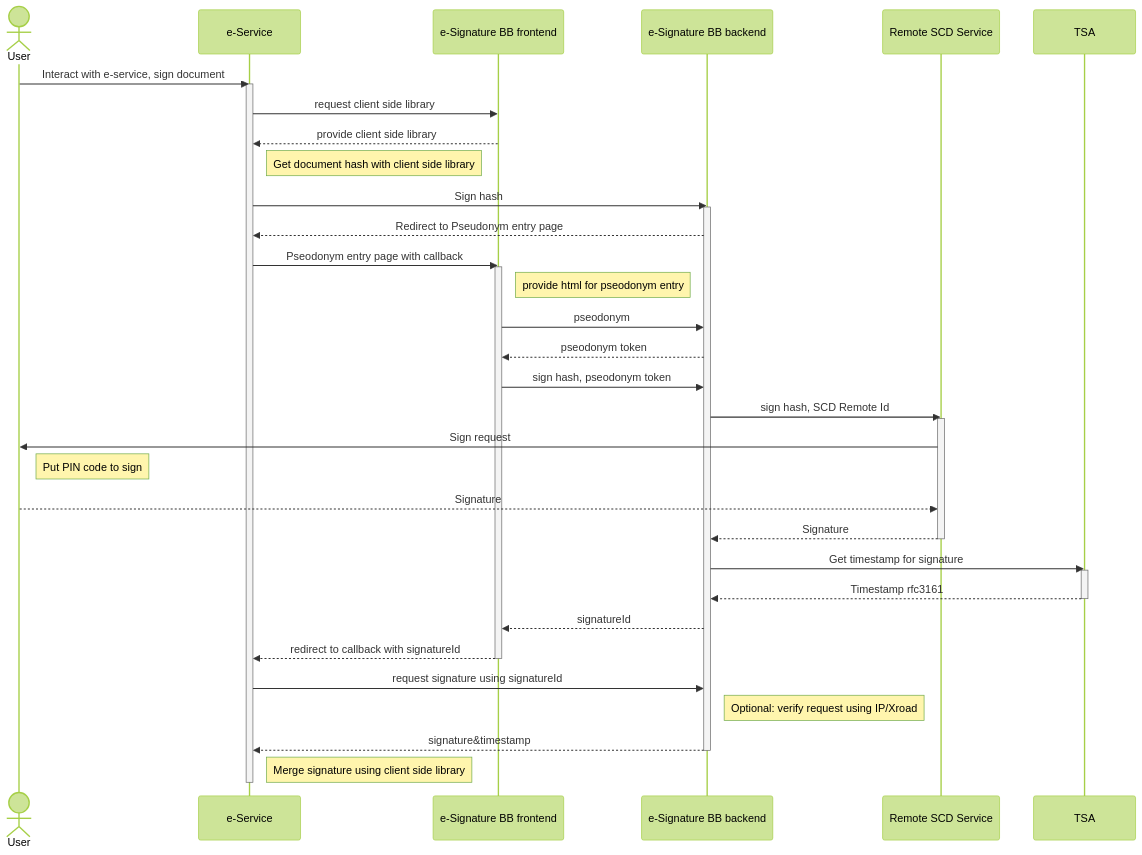
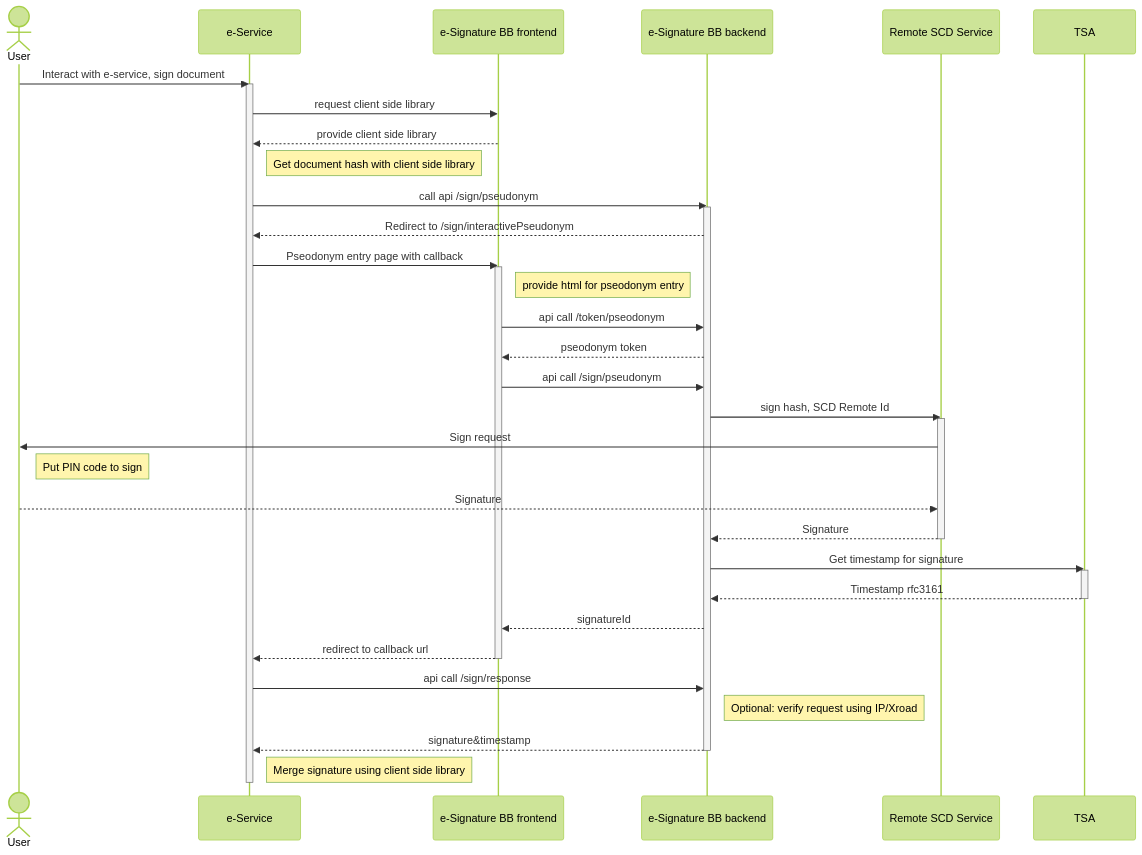
Before and after one commit to GovStackWorkingGroup/bb-esignature: the third of 3 diagrams in spec/9-workflows.md, drawn with Mermaid (forest theme). The commit also changed other lines of this file, not shown here.

Commit message:
GITBOOK-47: Internal Workflows Jürgen's Jul 3 changes

````diff
--- a/spec/9-workflows.md
+++ b/spec/9-workflows.md
@@ -124,38 +125,38 @@
 ```mermaid
 sequenceDiagram
     actor User
     User->>e-Service: Interact with e-service, sign document
     activate e-Service
     e-Service->>e-Signature BB frontend: request client side library
     e-Signature BB frontend-->>e-Service: provide client side library
     Note right of e-Service: Get document hash with client side library
-    e-Service->>e-Signature BB backend: Sign hash
+    e-Service->>e-Signature BB backend: call api /sign/pseudonym
     activate e-Signature BB backend
-    e-Signature BB backend-->>e-Service: Redirect to Pseudonym entry page
+    e-Signature BB backend-->>e-Service: Redirect to /sign/interactivePseudonym
     e-Service->>e-Signature BB frontend: Pseodonym entry page with callback
     activate e-Signature BB frontend
     Note right of e-Signature BB frontend: provide html for pseodonym entry
-    e-Signature BB frontend->>e-Signature BB backend: pseodonym
+    e-Signature BB frontend->>e-Signature BB backend: api call /token/pseodonym
     e-Signature BB backend-->>e-Signature BB frontend: pseodonym token
-    e-Signature BB frontend->>e-Signature BB backend: sign hash, pseodonym token
+    e-Signature BB frontend->>e-Signature BB backend: api call /sign/pseudonym
     e-Signature BB backend->>Remote SCD Service: sign hash, SCD Remote Id
     activate Remote SCD Service
     Remote SCD Service->>User: Sign request
     Note right of User: Put PIN code to sign
     User-->>Remote SCD Service: Signature
     Remote SCD Service-->>e-Signature BB backend: Signature
     deactivate Remote SCD Service
     e-Signature BB backend->>TSA: Get timestamp for signature
     activate TSA
     TSA-->>e-Signature BB backend: Timestamp rfc3161
     deactivate TSA
     e-Signature BB backend-->>e-Signature BB frontend:signatureId
-    e-Signature BB frontend-->>e-Service: redirect to callback with signatureId
+    e-Signature BB frontend-->>e-Service: redirect to callback url
     deactivate e-Signature BB frontend
-    e-Service->>e-Signature BB backend: request signature using signatureId
+    e-Service->>e-Signature BB backend: api call /sign/response
     Note right of e-Signature BB backend: Optional: verify request using IP/Xroad
     e-Signature BB backend-->>e-Service: signature&timestamp
     deactivate e-Signature BB backend
     Note right of e-Service: Merge signature using client side library
     deactivate e-Service
 ```
````
